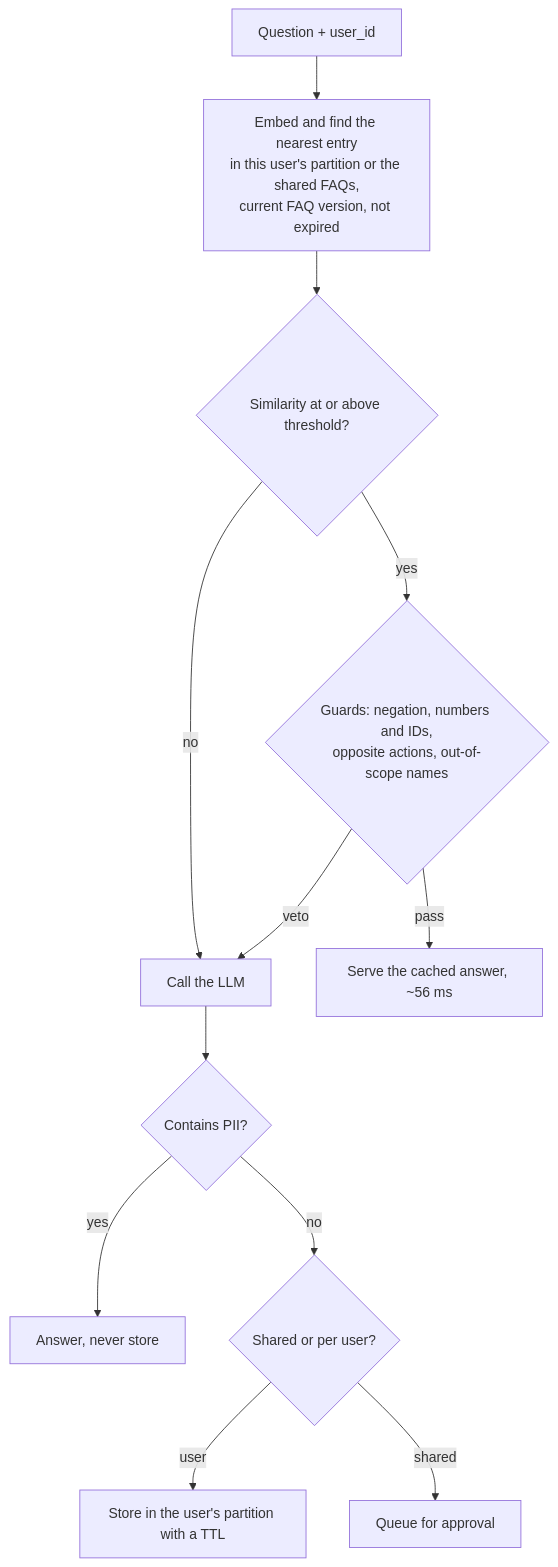
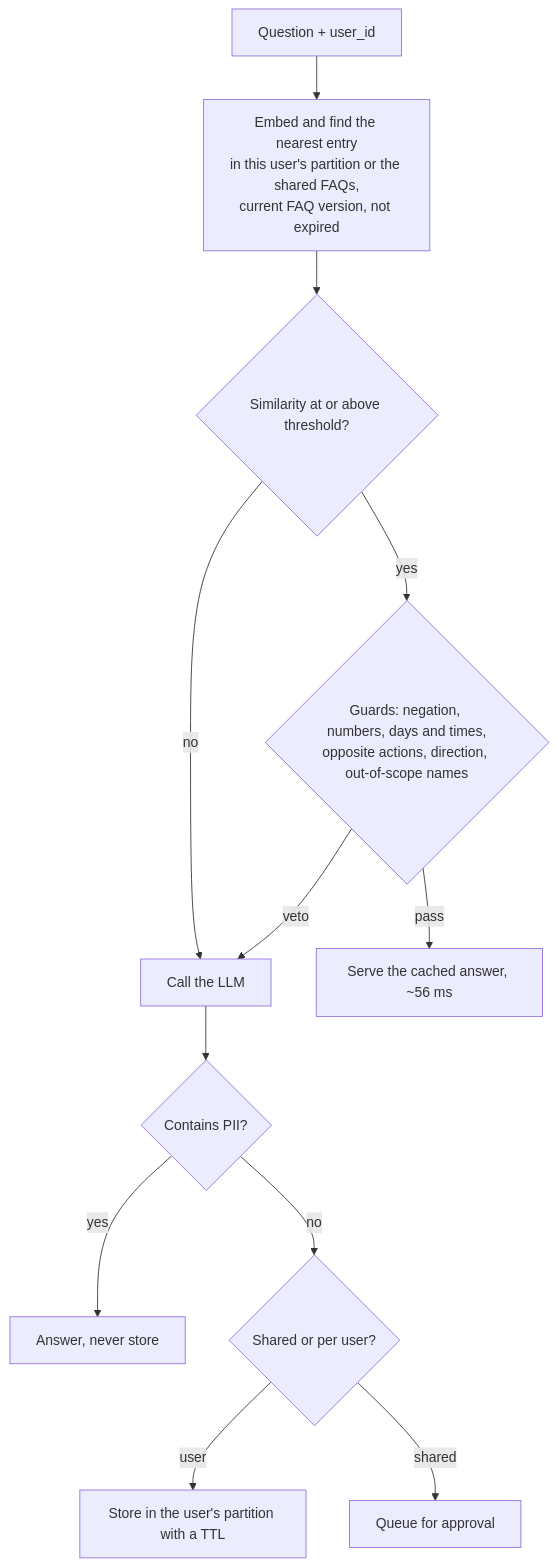
One commit to mohammedp010/pakka changed the diagram in README.md. Above: the diagram before and after it, drawn with Mermaid. The commit also changed other lines of this file and 13 other files, not shown here.

````diff
--- a/README.md
+++ b/README.md
@@ -102,14 +102,14 @@
 ```mermaid
 flowchart TD
     Q[Question + user_id] --> E[Embed and find the nearest entry<br/>in this user's partition or the shared FAQs,<br/>current FAQ version, not expired]
     E --> T{Similarity at or above threshold?}
     T -- no --> L[Call the LLM]
-    T -- yes --> G{Guards: negation, numbers and IDs,<br/>opposite actions, out-of-scope names}
+    T -- yes --> G{Guards: negation, numbers, days and times,<br/>opposite actions, direction, out-of-scope names}
     G -- veto --> L
     G -- pass --> H[Serve the cached answer, ~56 ms]
     L --> P{Contains PII?}
     P -- yes --> N[Answer, never store]
     P -- no --> S{Shared or per user?}
     S -- user --> U[Store in the user's partition with a TTL]
     S -- shared --> A[Queue for approval]
 ```
````
